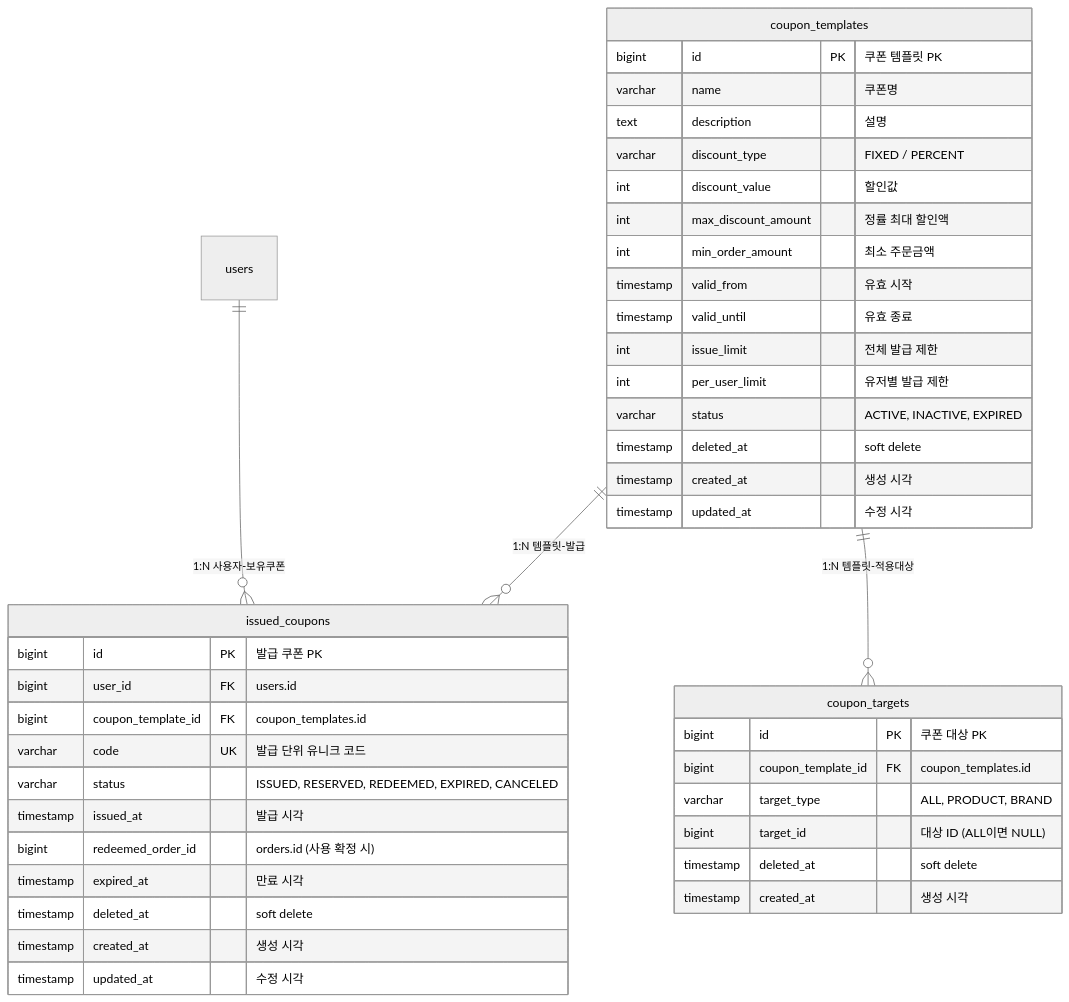
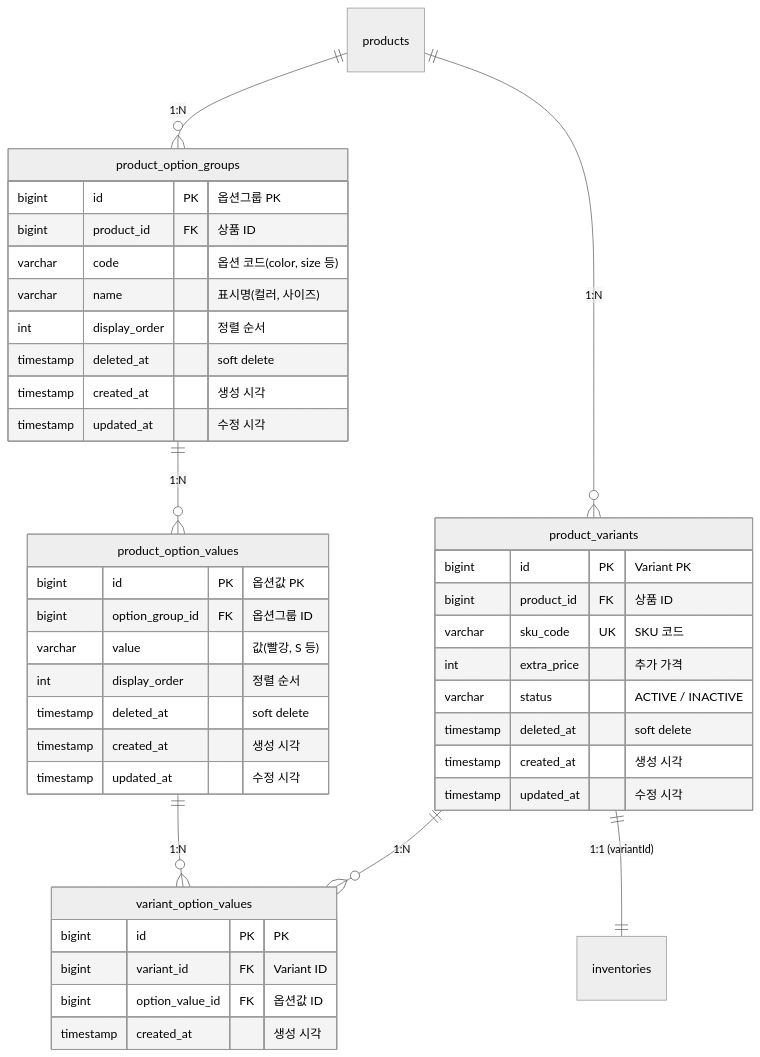
Before and after one commit to Loopers-dev-lab/loop-pack-be-l2-vol3-java: the diagram in .docs/design/future/04-erd-expansion.md, drawn with Mermaid (neutral theme). The commit also changed other lines of this file and 3 other files, not shown here.

````diff
--- a/.docs/design/future/04-erd-expansion.md
+++ b/.docs/design/future/04-erd-expansion.md
@@ -10,47 +9,48 @@
 ```mermaid
 erDiagram
-    coupon_templates {
-        bigint id PK "쿠폰 템플릿 PK"
-        varchar name "쿠폰명"
-        text description "설명"
-        varchar discount_type "FIXED / PERCENT"
-        int discount_value "할인값"
-        int max_discount_amount "정률 최대 할인액"
-        int min_order_amount "최소 주문금액"
-        timestamp valid_from "유효 시작"
-        timestamp valid_until "유효 종료"
-        int issue_limit "전체 발급 제한"
-        int per_user_limit "유저별 발급 제한"
-        varchar status "ACTIVE, INACTIVE, EXPIRED"
+    products ||--o{ product_option_groups : "1:N"
+    product_option_groups ||--o{ product_option_values : "1:N"
+    products ||--o{ product_variants : "1:N"
+    product_variants ||--o{ variant_option_values : "1:N"
+    product_option_values ||--o{ variant_option_values : "1:N"
+    product_variants ||--|| inventories : "1:1 (variantId)"
+
+    product_option_groups {
+        bigint id PK "옵션그룹 PK"
+        bigint product_id FK "상품 ID"
+        varchar code "옵션 코드(color, size 등)"
+        varchar name "표시명(컬러, 사이즈)"
+        int display_order "정렬 순서"
         timestamp deleted_at "soft delete"
         timestamp created_at "생성 시각"
         timestamp updated_at "수정 시각"
     }
 
-    issued_coupons {
-        bigint id PK "발급 쿠폰 PK"
-        bigint user_id FK "users.id"
-        bigint coupon_template_id FK "coupon_templates.id"
-        varchar code UK "발급 단위 유니크 코드"
-        varchar status "ISSUED, RESERVED, REDEEMED, EXPIRED, CANCELED"
-        timestamp issued_at "발급 시각"
-        bigint redeemed_order_id "orders.id (사용 확정 시)"
-        timestamp expired_at "만료 시각"
+    product_option_values {
+        bigint id PK "옵션값 PK"
+        bigint option_group_id FK "옵션그룹 ID"
+        varchar value "값(빨강, S 등)"
+        int display_order "정렬 순서"
         timestamp deleted_at "soft delete"
         timestamp created_at "생성 시각"
         timestamp updated_at "수정 시각"
     }
 
-    coupon_targets {
-        bigint id PK "쿠폰 대상 PK"
-        bigint coupon_template_id FK "coupon_templates.id"
-        varchar target_type "ALL, PRODUCT, BRAND"
-        bigint target_id "대상 ID (ALL이면 NULL)"
+    product_variants {
+        bigint id PK "Variant PK"
+        bigint product_id FK "상품 ID"
+        varchar sku_code UK "SKU 코드"
+        int extra_price "추가 가격"
+        varchar status "ACTIVE / INACTIVE"
         timestamp deleted_at "soft delete"
         timestamp created_at "생성 시각"
+        timestamp updated_at "수정 시각"
     }
 
-    coupon_templates ||--o{ issued_coupons : "1:N 템플릿-발급"
-    coupon_templates ||--o{ coupon_targets : "1:N 템플릿-적용대상"
-    users ||--o{ issued_coupons : "1:N 사용자-보유쿠폰"
+    variant_option_values {
+        bigint id PK "PK"
+        bigint variant_id FK "Variant ID"
+        bigint option_value_id FK "옵션값 ID"
+        timestamp created_at "생성 시각"
+    }
 ```
````
